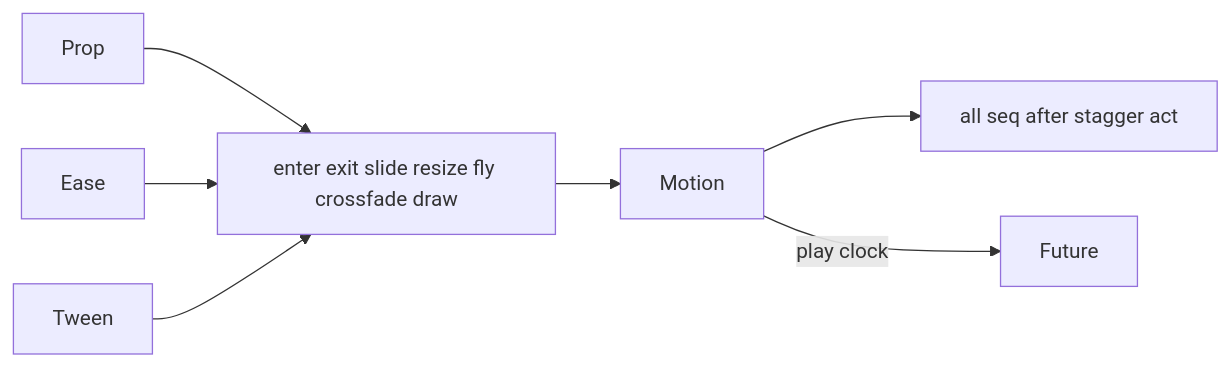
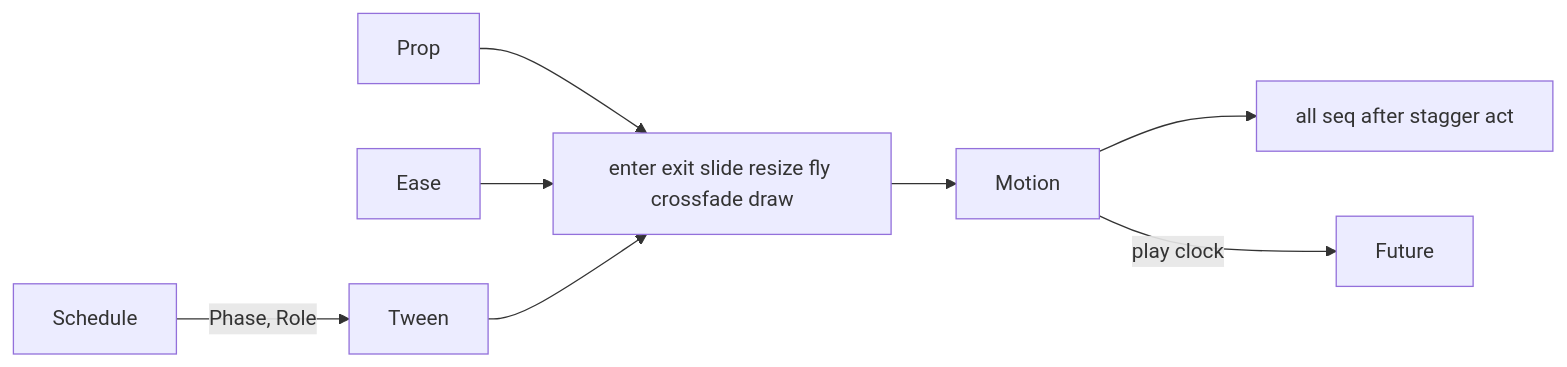
One commit to krukah/redex changed the diagram in crates/motion/AGENTS.md. Above: the diagram before and after it, drawn with Mermaid. The commit also changed other lines of this file and 9 other files, not shown here.

First line of the commit message:
One fixed timeline for every firing: hold, move, settle

````diff
--- a/crates/motion/AGENTS.md
+++ b/crates/motion/AGENTS.md
@@ -3,7 +3,8 @@
 ```mermaid
 flowchart LR
   Primitive[enter exit slide resize fly crossfade draw] --> Motion
   Motion --> Composition[all seq after stagger act]
   Motion -->|play clock| Future
   Prop & Ease & Tween --> Primitive
+  Schedule -->|Phase, Role| Tween
 ```
````
